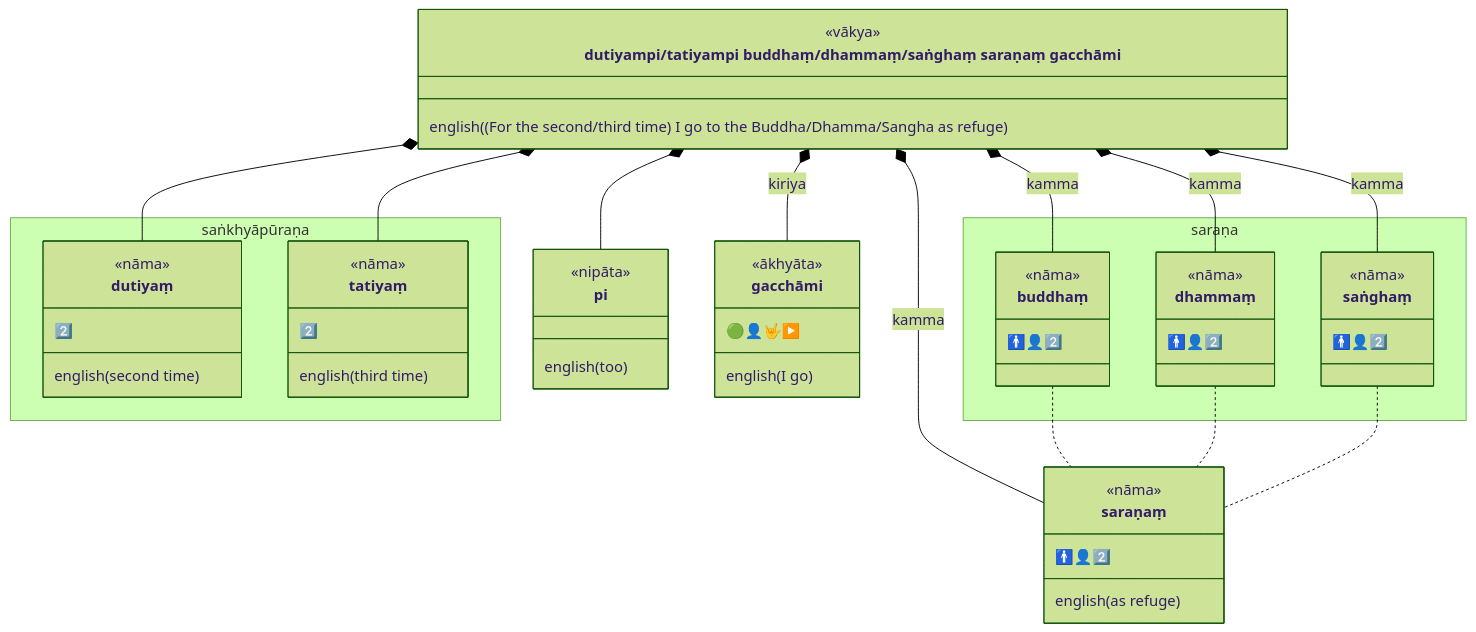
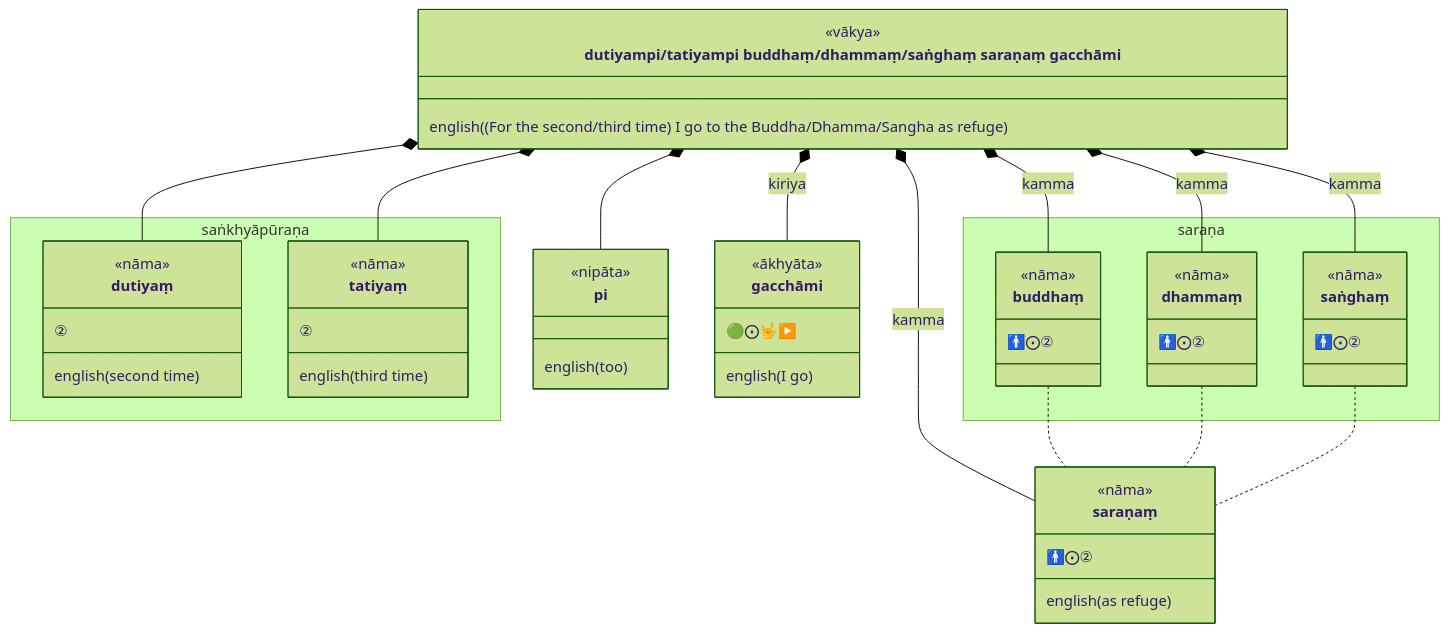
The first of 3 diagrams in content/en/docs/palibook/basics.md (ChristineTham/buddhavacana), drawn with Mermaid (forest theme) before and after one commit. The commit also changed other lines of this file and 71 other files, not shown here.

````diff
--- a/content/en/docs/palibook/basics.md
+++ b/content/en/docs/palibook/basics.md
@@ -1654,58 +1654,58 @@
 ```mermaid
 classDiagram
   class sentence["dutiyampi/tatiyampi buddhaṃ/dhammaṃ/saṅghaṃ saraṇaṃ gacchāmi"] {
     <<vākya>>
     english((For the second/third time) I go to the Buddha/Dhamma/Sangha as refuge)
   }
   namespace saṅkhyāpūraṇa {
     class dutiyaṃ {
       <<nāma>>
-      2️⃣
+      ②
       english(second time)
     }
     class tatiyaṃ {
       <<nāma>>
-      2️⃣
+      ②
       english(third time)
     }
   }
   class pi {
     <<nipāta>>
     english(too)
   }
   namespace saraṇa {
     class buddhaṃ {
       <<nāma>>
-      🚹👤2️⃣
+      🚹⨀②
     }
     class dhammaṃ {
       <<nāma>>
-      🚹👤2️⃣
+      🚹⨀②
     }
     class saṅghaṃ {
       <<nāma>>
-      🚹👤2️⃣
+      🚹⨀②
     }
   }
   class saraṇaṃ {
     <<nāma>>
-     🚹👤2️⃣
+     🚹⨀②
     english(as refuge)
   }
   class gacchāmi {
     <<ākhyāta>>
-     🟢👤🤟▶️
+     🟢⨀🤟▶️
     english(I go)
   }
   sentence *-- dutiyaṃ
   sentence *-- tatiyaṃ
   sentence *-- pi
   sentence *-- buddhaṃ : kamma
   sentence *-- dhammaṃ : kamma
   sentence *-- saṅghaṃ : kamma
   sentence *-- saraṇaṃ : kamma
   sentence *-- gacchāmi: kiriya
   buddhaṃ .. saraṇaṃ
   dhammaṃ .. saraṇaṃ
   saṅghaṃ .. saraṇaṃ
 ```
````
